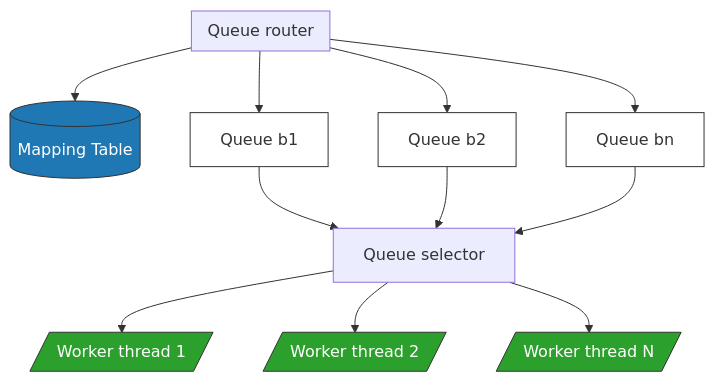
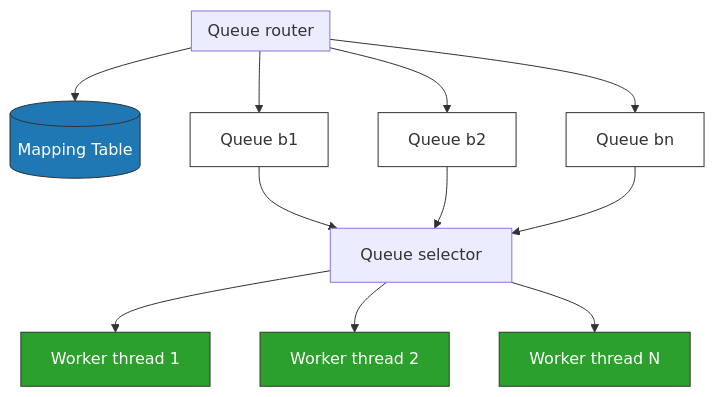
Before and after one commit to NalinDalal/system-design: the fourth of 7 diagrams in 9.WebCrawler.md, drawn with Mermaid. The commit also changed other lines of this file, not shown here.

````diff
--- a/9.WebCrawler.md
+++ b/9.WebCrawler.md
@@ -196,30 +158,26 @@
 ```mermaid
 flowchart TD
-    subgraph Router["Queue router"]
-    end
+  subgraph Router["Queue router"]
+  end
 
-    Router --> M[(Mapping Table)]
+  Router --> M[(Mapping Table)]
+  Router --> Q1["Queue b1"]
+  Router --> Q2["Queue b2"]
+  Router --> Qn["Queue bn"]
 
-    %% Multiple queues
-    Router --> Q1["Queue b1"]
-    Router --> Q2["Queue b2"]
-    Router --> Qn["Queue bn"]
+  Q1 --> Selector["Queue selector"]
+  Q2 --> Selector
+  Qn --> Selector
 
-    Q1 --> Selector["Queue selector"]
-    Q2 --> Selector
-    Qn --> Selector
+  Selector --> W1["Worker thread 1"]
+  Selector --> W2["Worker thread 2"]
+  Selector --> Wn["Worker thread N"]
 
-    %% Workers
-    Selector --> W1[/"Worker thread 1"/]
-    Selector --> W2[/"Worker thread 2"/]
-    Selector --> Wn[/"Worker thread N"/]
+  classDef db fill:#1f77b4,color:#fff,stroke:#333,stroke-width:1px;
+  classDef worker fill:#2ca02c,color:#fff,stroke:#333,stroke-width:1px;
+  classDef queue fill:#fff,stroke:#333,stroke-width:1px;
 
-    %% Styling
-    classDef db fill:#1f77b4,color:#fff,stroke:#333,stroke-width:1px;
-    classDef worker fill:#2ca02c,color:#fff,stroke:#333,stroke-width:1px;
-    classDef queue fill:#fff,stroke:#333,stroke-width:1px;
-
-    class M db;
-    class W1,W2,Wn worker;
-    class Q1,Q2,Qn queue;
+  class M db;
+  class W1,W2,Wn worker;
+  class Q1,Q2,Qn queue;
 ```
````
